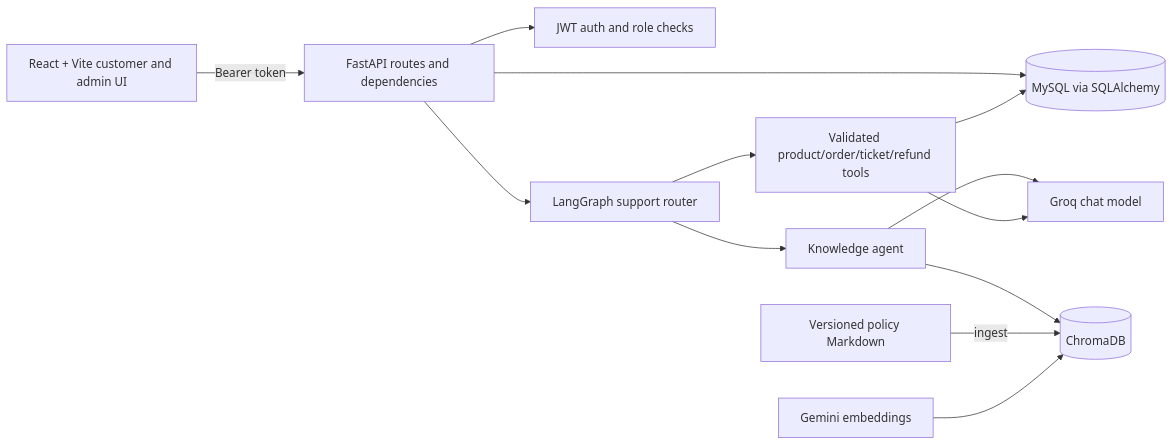
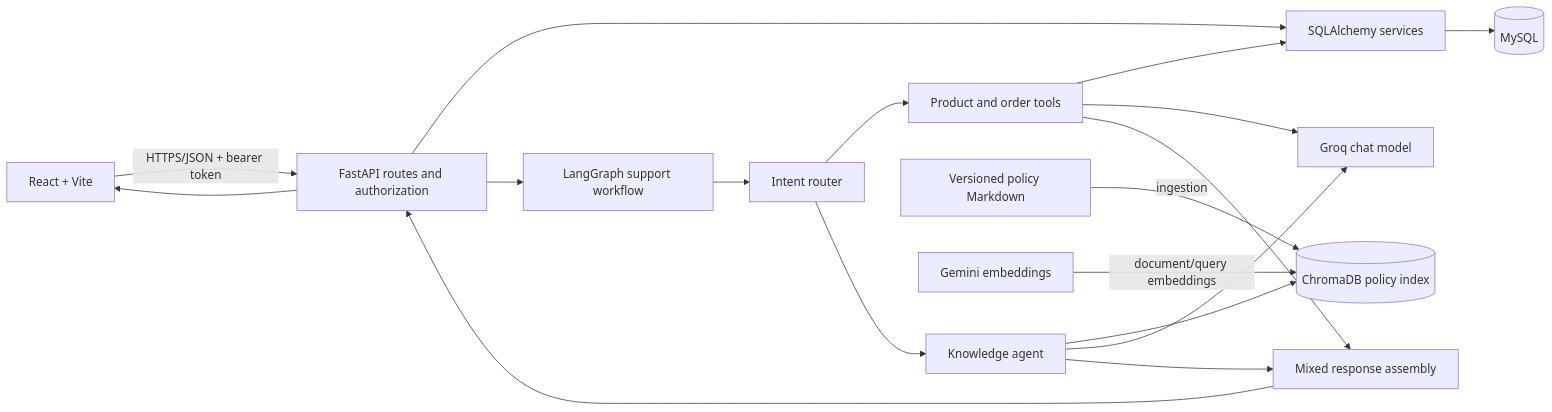
The first of 3 diagrams in README.md (arbaaz65dac/Customer-Support-AI-Multi-Agent), drawn with Mermaid before and after one commit. The commit also changed other lines of this file and 1 other file, not shown here.

````diff
--- a/README.md
+++ b/README.md
@@ -39,27 +125,34 @@
 ```mermaid
 flowchart LR
-    Browser[React + Vite customer and admin UI]
-    API[FastAPI routes and dependencies]
-    Auth[JWT auth and role checks]
-    DB[(MySQL via SQLAlchemy)]
-    Graph[LangGraph support router]
-    Tools[Validated product/order/ticket/refund tools]
-    RAG[Knowledge agent]
-    Chroma[(ChromaDB)]
-    Gemini[Gemini embeddings]
-    Groq[Groq chat model]
-    Policies[Versioned policy Markdown]
+    Browser["React + Vite"]
+    API["FastAPI routes and authorization"]
+    ORM["SQLAlchemy services"]
+    MySQL[("MySQL")]
+    Graph["LangGraph support workflow"]
+    Router["Intent router"]
+    Business["Product and order tools"]
+    Knowledge["Knowledge agent"]
+    Assembly["Mixed response assembly"]
+    Chroma[("ChromaDB policy index")]
+    Policies["Versioned policy Markdown"]
+    Groq["Groq chat model"]
+    Gemini["Gemini embeddings"]
 
-    Browser -->|Bearer token| API
-    API --> Auth
-    API --> DB
+    Browser -->|"HTTPS/JSON + bearer token"| API
+    API --> ORM
+    ORM --> MySQL
     API --> Graph
-    Graph --> Tools
-    Tools --> DB
-    Graph --> RAG
-    RAG --> Chroma
-    Policies -->|ingest| Chroma
-    Gemini --> Chroma
-    RAG --> Groq
-    Tools --> Groq
+    Graph --> Router
+    Router --> Business
+    Router --> Knowledge
+    Business --> ORM
+    Knowledge --> Chroma
+    Policies -->|"ingestion"| Chroma
+    Gemini -->|"document/query embeddings"| Chroma
+    Business --> Groq
+    Knowledge --> Groq
+    Business --> Assembly
+    Knowledge --> Assembly
+    Assembly --> API
+    API --> Browser
 ```
````
